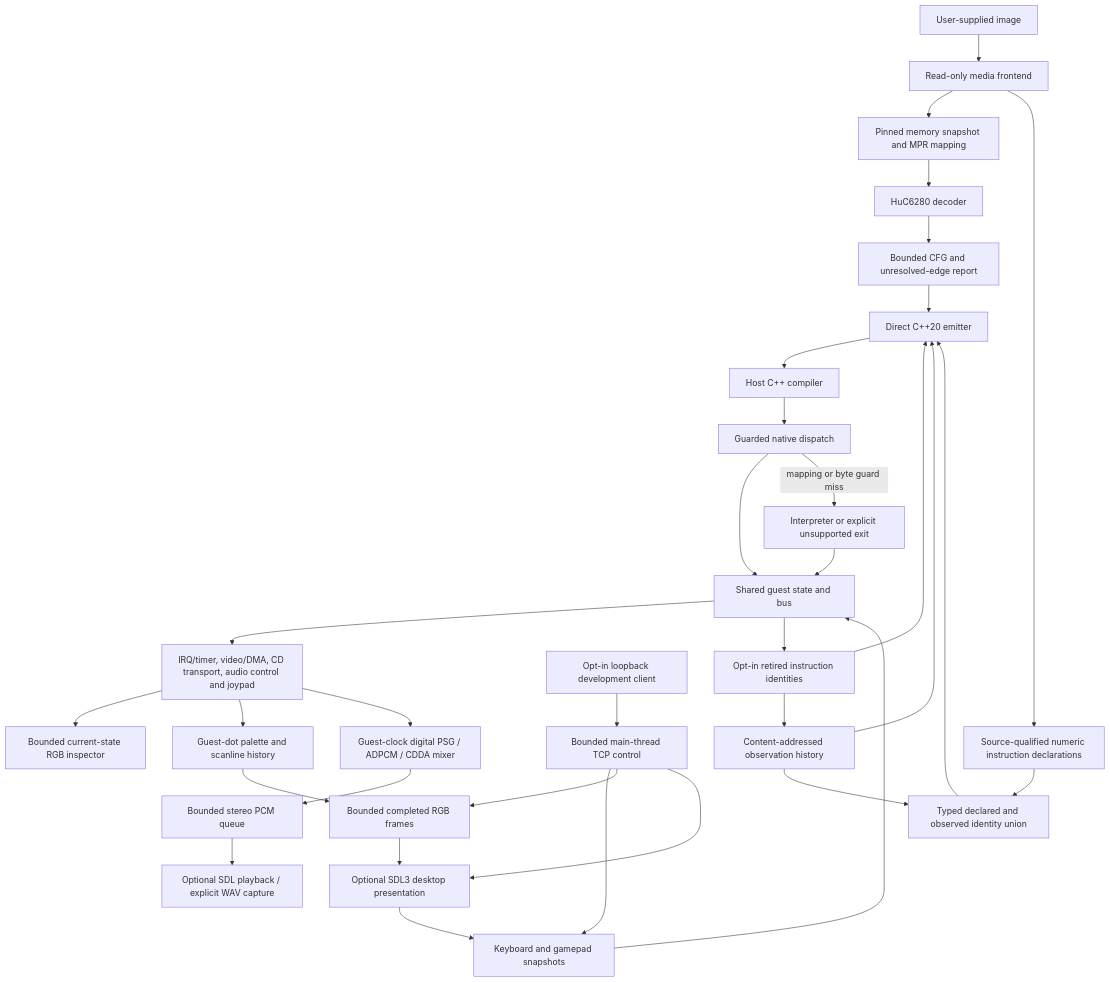
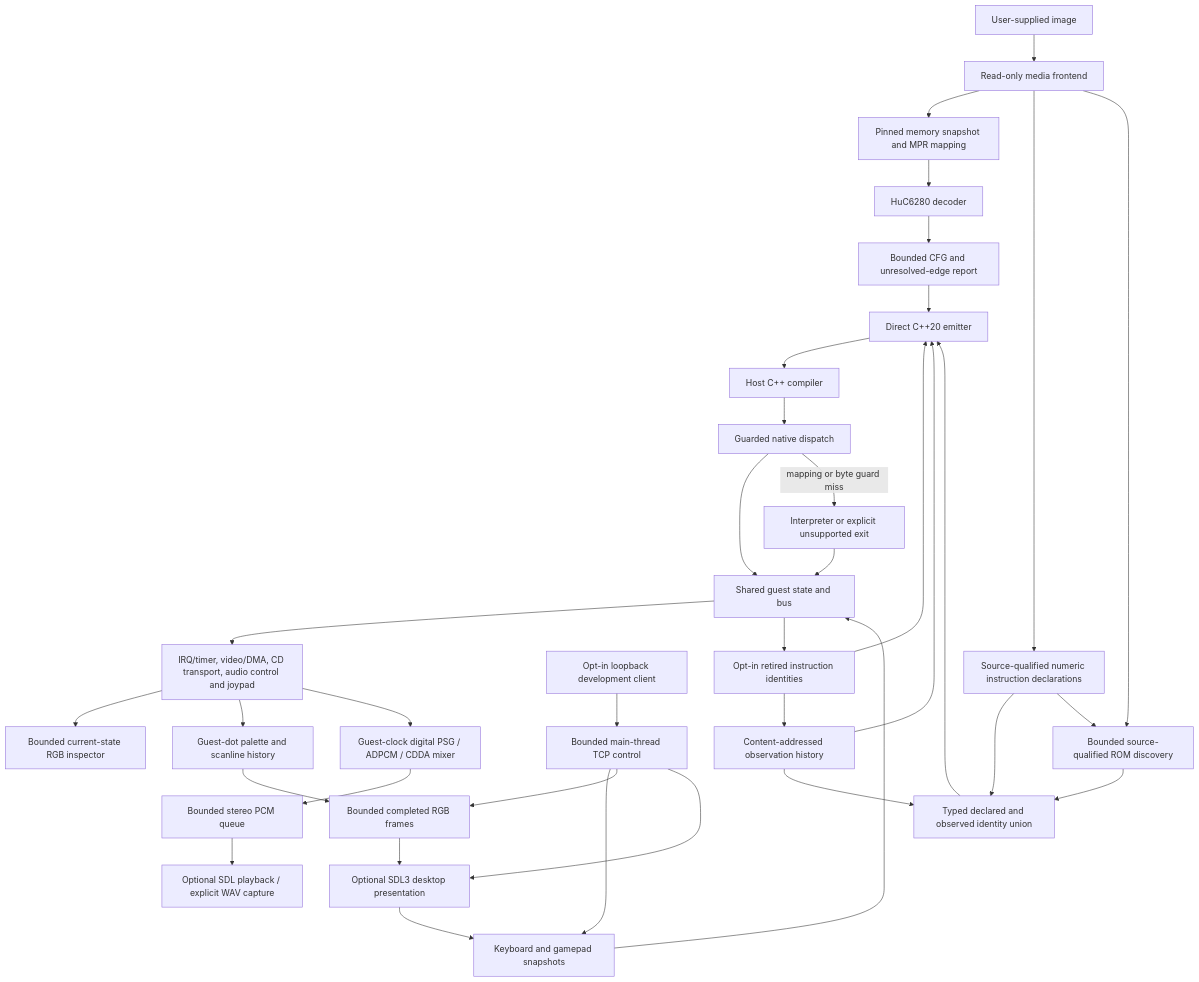
The diagram in docs/ARCHITECTURE.md (rages4calm/pcenginerecomp), drawn with Mermaid before and after one commit. The commit also changed other lines of this file and 9 other files, not shown here.

````diff
--- a/docs/ARCHITECTURE.md
+++ b/docs/ARCHITECTURE.md
@@ -27,35 +38,38 @@
 ```mermaid
 flowchart TD
   Image[User-supplied image] --> Media[Read-only media frontend]
   Media --> Snapshot[Pinned memory snapshot and MPR mapping]
   Snapshot --> Decode[HuC6280 decoder]
   Decode --> CFG[Bounded CFG and unresolved-edge report]
   CFG --> Emit[Direct C++20 emitter]
   Emit --> Compiler[Host C++ compiler]
   Compiler --> Native[Guarded native dispatch]
   Native --> Bus[Shared guest state and bus]
   Native -->|mapping or byte guard miss| Fallback[Interpreter or explicit unsupported exit]
   Fallback --> Bus
   Bus --> Profiles[IRQ/timer, video/DMA, CD transport, audio control and joypad]
   Profiles --> Inspect[Bounded current-state RGB inspector]
   Profiles --> Video[Guest-dot palette and scanline history]
   Video --> Frames[Bounded completed RGB frames]
   Frames --> Host[Optional SDL3 desktop presentation]
   Host --> Input[Keyboard and gamepad snapshots]
   Input --> Bus
   Dev[Opt-in loopback development client] --> Control[Bounded main-thread TCP control]
   Control --> Input
   Control --> Frames
   Control --> Host
   Profiles --> Audio[Guest-clock digital PSG / ADPCM / CDDA mixer]
   Audio --> AudioQueue[Bounded stereo PCM queue]
   AudioQueue --> AudioHost[Optional SDL playback / explicit WAV capture]
   Bus --> Capture[Opt-in retired instruction identities]
   Capture --> Emit
   Capture --> History[Content-addressed observation history]
   History --> Emit
   Media --> Roots[Source-qualified numeric instruction declarations]
   Roots --> Union[Typed declared and observed identity union]
+  Roots --> Walk[Bounded source-qualified ROM discovery]
+  Media --> Walk
+  Walk --> Union
   History --> Union
   Union --> Emit
 ```
````
